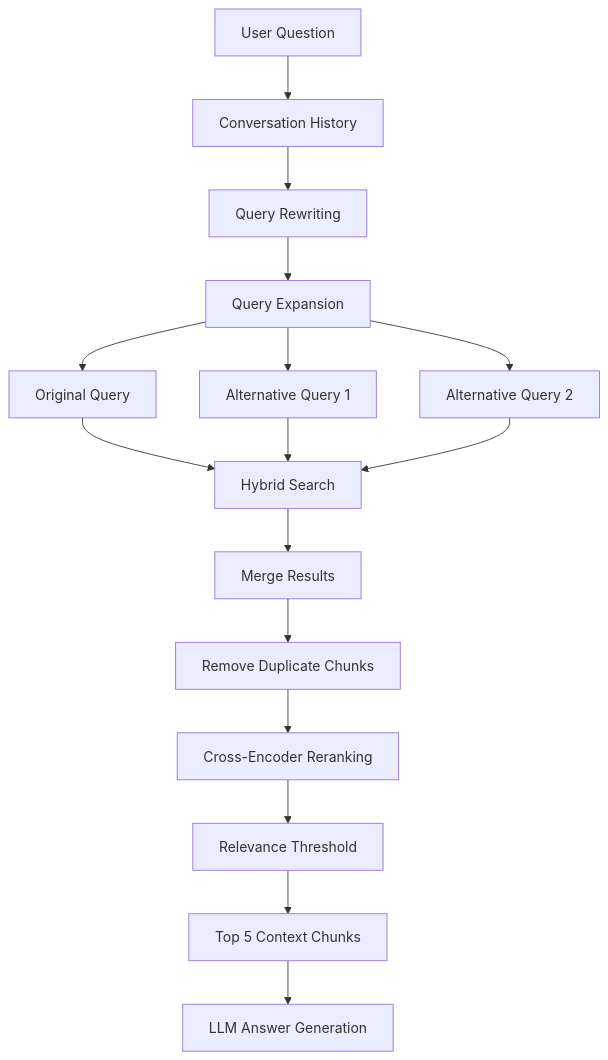
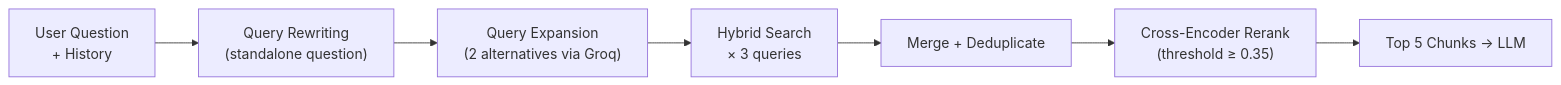
One commit to ayushrajput545/NyayaAI changed the fourth of 6 diagrams in Readme.md. Above: the diagram before and after it, drawn with Mermaid. The commit also changed other lines of this file, not shown here.

````diff
--- a/Readme.md
+++ b/Readme.md
@@ -639,21 +244,9 @@
 ```mermaid
-flowchart TD
-    A["User Question"] --> B["Conversation History"]
-    B --> C["Query Rewriting"]
-    C --> D["Query Expansion"]
-    
-    D --> E["Original Query"]
-    D --> F["Alternative Query 1"]
-    D --> G["Alternative Query 2"]
-    
-    E --> H["Hybrid Search"]
-    F --> H
-    G --> H
-    
-    H --> I["Merge Results"]
-    I --> J["Remove Duplicate Chunks"]
-    J --> K["Cross-Encoder Reranking"]
-    K --> L["Relevance Threshold"]
-    L --> M["Top 5 Context Chunks"]
-    M --> N["LLM Answer Generation"]
+flowchart LR
+    A["User Question\n+ History"] --> B["Query Rewriting\n(standalone question)"]
+    B --> C["Query Expansion\n(2 alternatives via Groq)"]
+    C --> D["Hybrid Search\n× 3 queries"]
+    D --> E["Merge + Deduplicate"]
+    E --> F["Cross-Encoder Rerank\n(threshold ≥ 0.35)"]
+    F --> G["Top 5 Chunks → LLM"]
 ```
````
